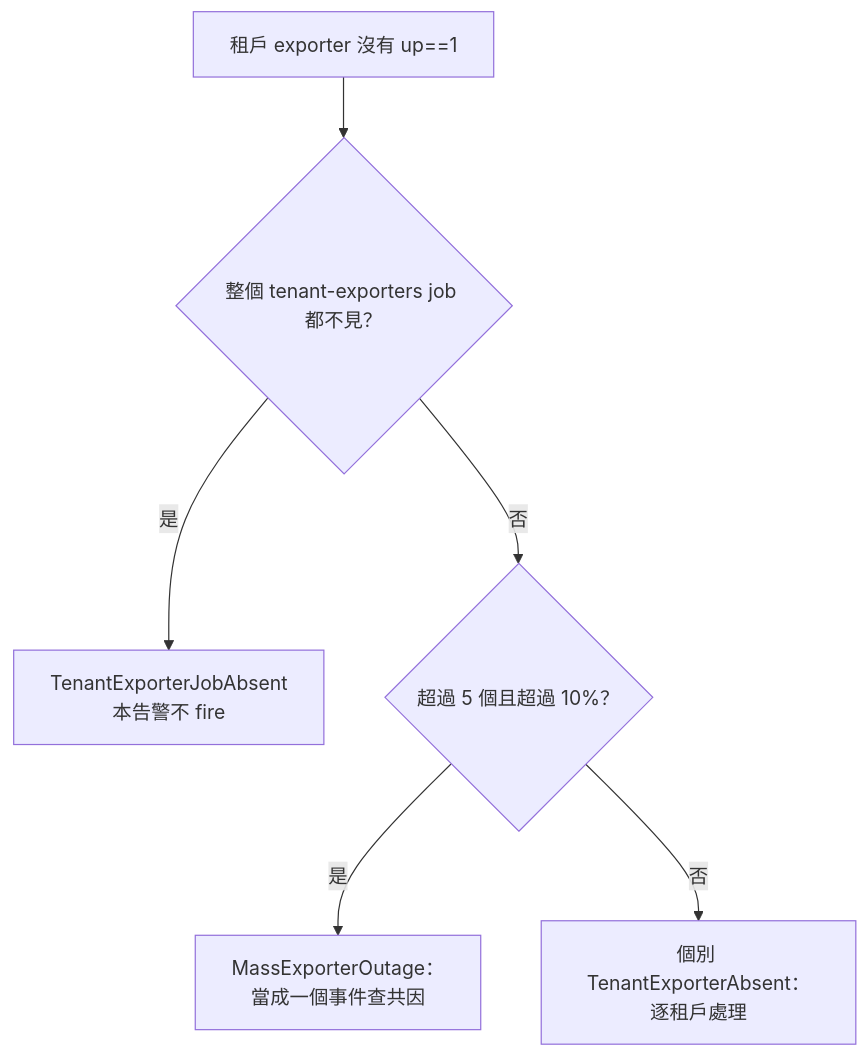
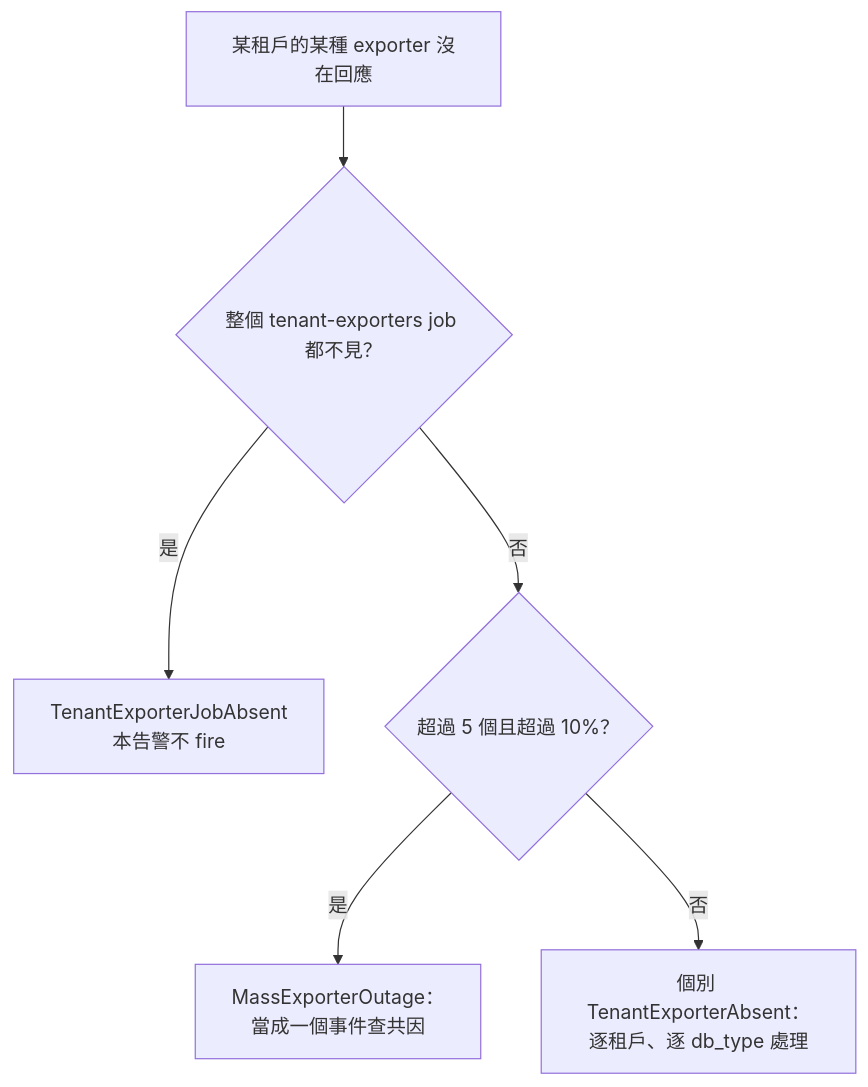
One commit to vencil/Dynamic-Alerting-Integrations changed the second of 2 diagrams in docs/integration/troubleshooting-checklist.md. Above: the diagram before and after it, drawn with Mermaid. The commit also changed other lines of this file and 74 other files, not shown here.

First line of the commit message:
feat(rule-packs)!: exporter 存活改以租戶 × db_type 判斷，db_type 可寫成列表（#3771） (#3860)

````diff
--- a/docs/integration/troubleshooting-checklist.md
+++ b/docs/integration/troubleshooting-checklist.md
@@ -1184,8 +1184,8 @@
 ```mermaid
 flowchart TD
-    A[租戶 exporter 沒有 up==1] --> B{整個 tenant-exporters job 都不見？}
+    A[某租戶的某種 exporter 沒在回應] --> B{整個 tenant-exporters job 都不見？}
     B -- 是 --> J[TenantExporterJobAbsent<br/>本告警不 fire]
     B -- 否 --> C{超過 5 個且超過 10%？}
     C -- 是 --> M[MassExporterOutage：<br/>當成一個事件查共因]
-    C -- 否 --> T[個別 TenantExporterAbsent：<br/>逐租戶處理]
+    C -- 否 --> T[個別 TenantExporterAbsent：<br/>逐租戶、逐 db_type 處理]
 ```
````
